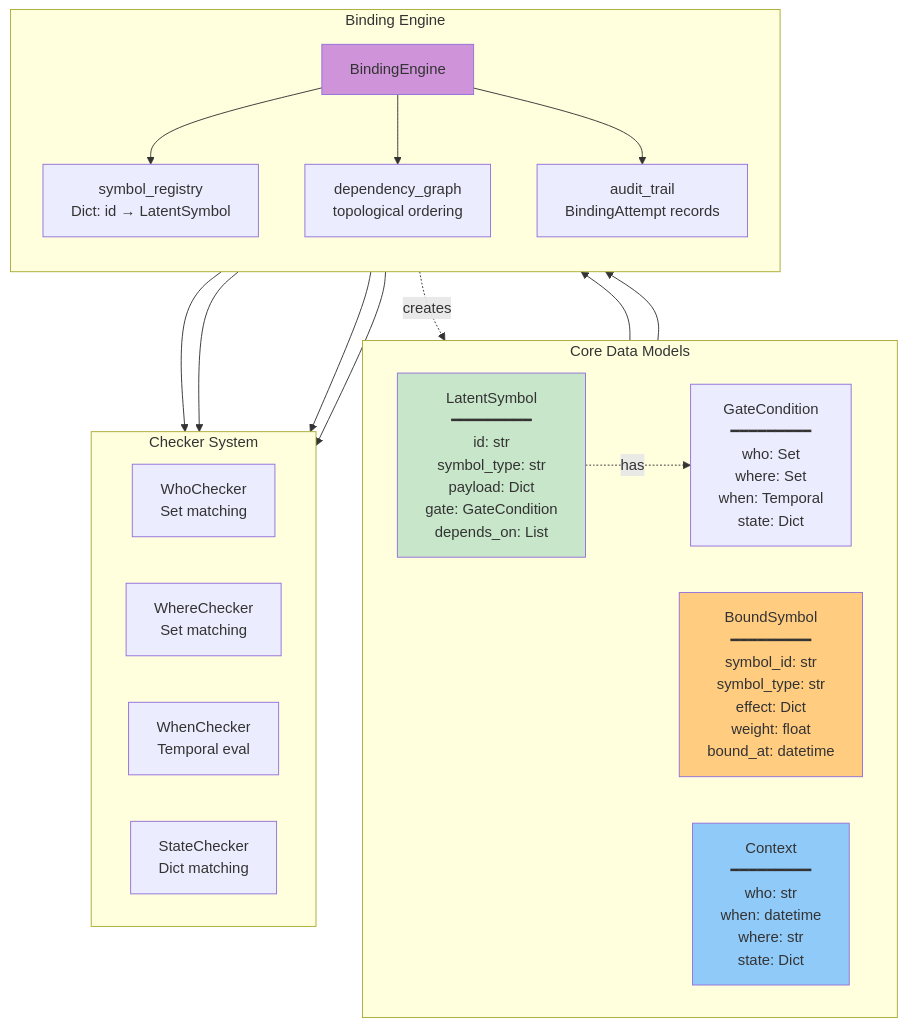
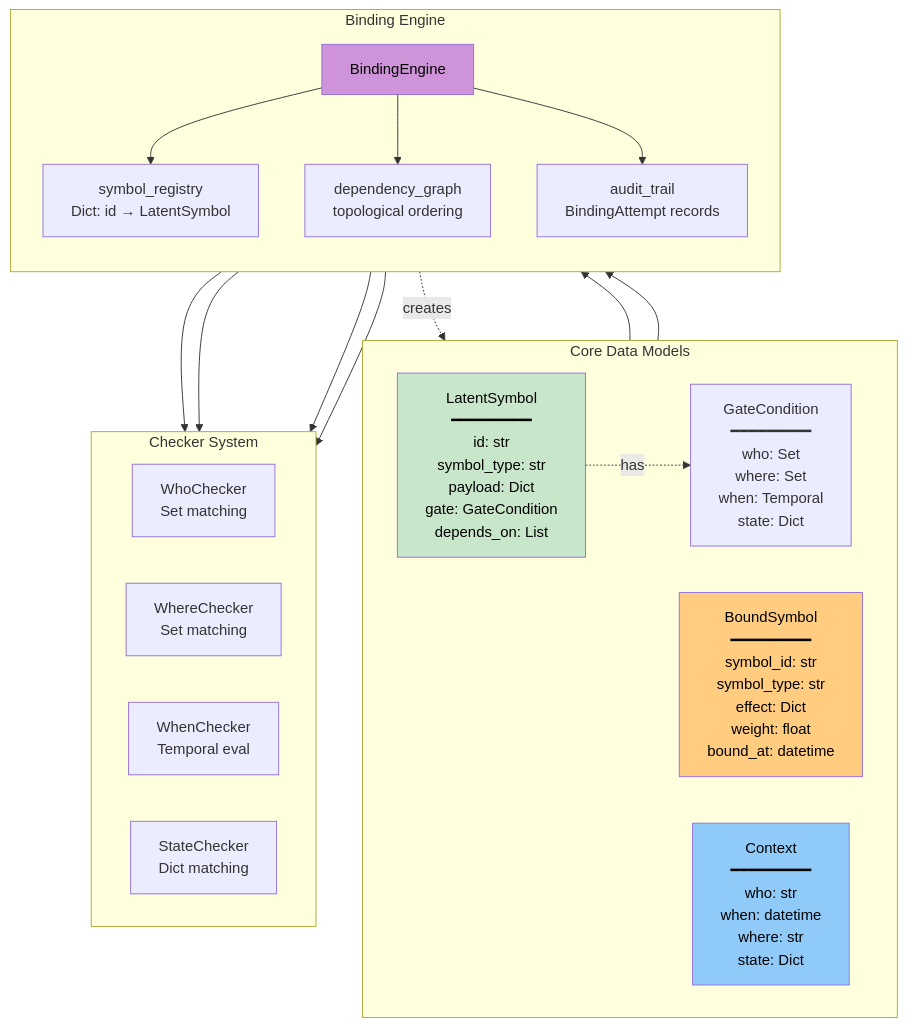
Before and after one commit to bindlang/bindlang: the second of 6 diagrams in docs/diagrams/core-architecture.md, drawn with Mermaid. The commit also changed other lines of this file and 7 other files, not shown here.

Commit message:
Clean up documentation and fix diagram rendering

````diff
--- a/docs/diagrams/core-architecture.md
+++ b/docs/diagrams/core-architecture.md
@@ -37,50 +27,50 @@
 ```mermaid
 graph TB
     subgraph "Core Data Models"
         direction LR
 
         LS[LatentSymbol<br/>━━━━━━━━━<br/>id: str<br/>symbol_type: str<br/>payload: Dict<br/>gate: GateCondition<br/>depends_on: List]
 
         GC[GateCondition<br/>━━━━━━━━━<br/>who: Set<br/>where: Set<br/>when: Temporal<br/>state: Dict]
 
         BS[BoundSymbol<br/>━━━━━━━━━<br/>symbol_id: str<br/>symbol_type: str<br/>effect: Dict<br/>weight: float<br/>bound_at: datetime]
 
         CTX[Context<br/>━━━━━━━━━<br/>who: str<br/>when: datetime<br/>where: str<br/>state: Dict]
 
         LS -.has.-> GC
     end
 
     subgraph "Binding Engine"
         direction TB
         Engine[BindingEngine]
         Registry[symbol_registry<br/>Dict: id → LatentSymbol]
         DepGraph[dependency_graph<br/>topological ordering]
         Audit[audit_trail<br/>BindingAttempt records]
 
         Engine --> Registry
         Engine --> DepGraph
         Engine --> Audit
     end
 
     subgraph "Checker System"
         direction LR
         WhoChecker[WhoChecker<br/>Set matching]
         WhereChecker[WhereChecker<br/>Set matching]
         WhenChecker[WhenChecker<br/>Temporal eval]
         StateChecker[StateChecker<br/>Dict matching]
     end
 
     %% Connections
     LS --> Registry
     CTX --> Engine
     Engine --> WhoChecker
     Engine --> WhereChecker
     Engine --> WhenChecker
     Engine --> StateChecker
     Engine -.creates.-> BS
 
-    style LS fill:#C8E6C9
-    style BS fill:#FFCC80
-    style CTX fill:#90CAF9
-    style Engine fill:#CE93D8
+    style LS fill:#C8E6C9,color:#000
+    style BS fill:#FFCC80,color:#000
+    style CTX fill:#90CAF9,color:#000
+    style Engine fill:#CE93D8,color:#000
 ```
````
